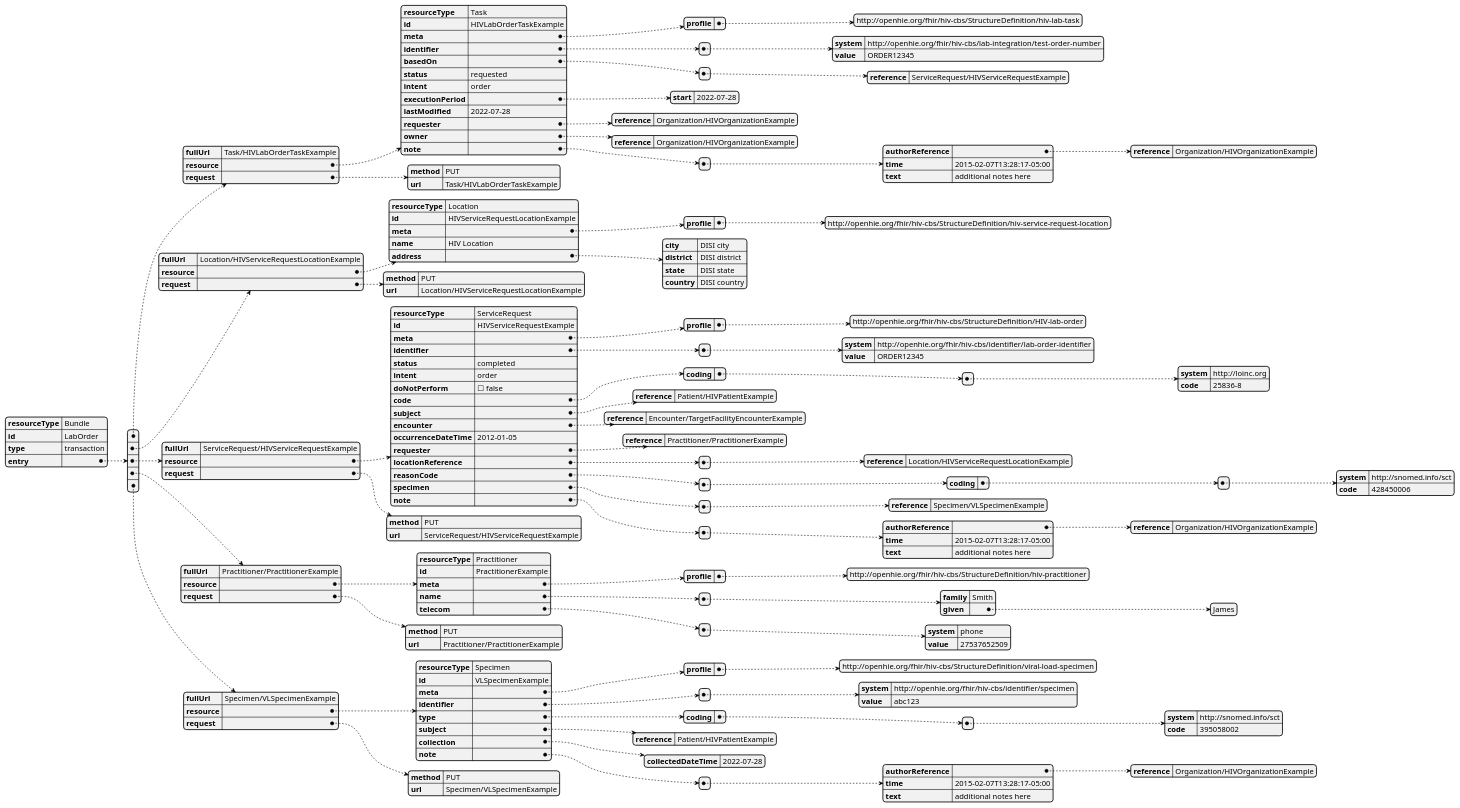
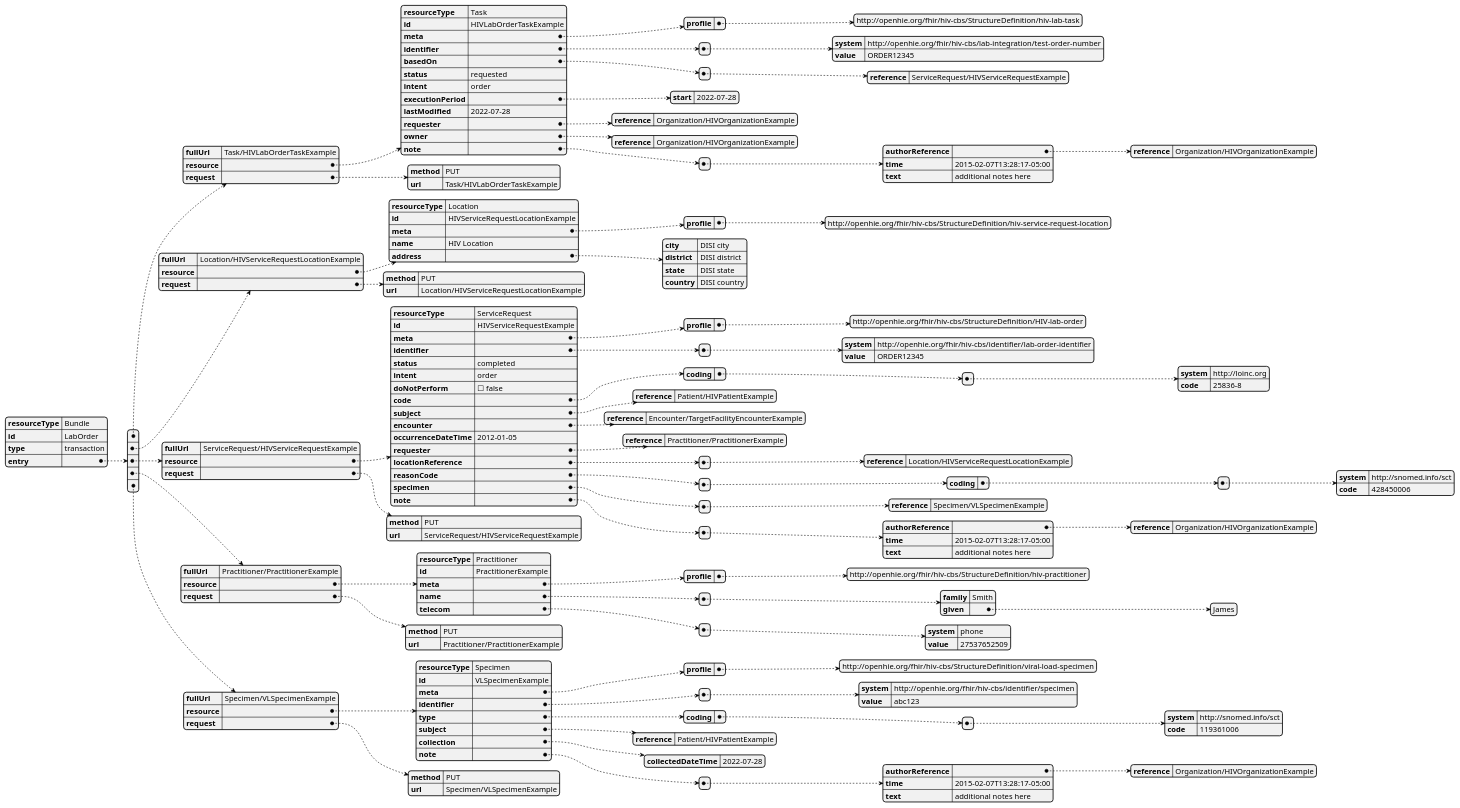
One commit to openhie/HIV-CBS changed the diagram in input/images-source/lab-order-bundle.pu. Above: the diagram before and after it, drawn with PlantUML. The commit also changed 9 other files, not shown here.

```diff
--- a/input/images-source/lab-order-bundle.pu
+++ b/input/images-source/lab-order-bundle.pu
@@ -1,189 +1,189 @@
 @startjson lab-order-bundle
 {
   "resourceType" : "Bundle",
   "id" : "LabOrder",
   "type" : "transaction",
   "entry" : [{
     "fullUrl" : "Task/HIVLabOrderTaskExample",
     "resource" : {
       "resourceType" : "Task",
       "id" : "HIVLabOrderTaskExample",
       "meta" : {
         "profile" : ["http://openhie.org/fhir/hiv-cbs/StructureDefinition/hiv-lab-task"]
       },
-     
+    
       "identifier" : [{
         "system" : "http://openhie.org/fhir/hiv-cbs/lab-integration/test-order-number",
         "value" : "ORDER12345"
       }],
       "basedOn" : [{
         "reference" : "ServiceRequest/HIVServiceRequestExample"
       }],
       "status" : "requested",
       "intent" : "order",
       "executionPeriod" : {
         "start" : "2022-07-28"
       },
       "lastModified" : "2022-07-28",
       "requester" : {
         "reference" : "Organization/HIVOrganizationExample"
       },
       "owner" : {
         "reference" : "Organization/HIVOrganizationExample"
       },
       "note" : [{
         "authorReference" : {
           "reference" : "Organization/HIVOrganizationExample"
         },
         "time" : "2015-02-07T13:28:17-05:00",
         "text" : "additional notes here"
       }]
     },
     "request" : {
       "method" : "PUT",
       "url" : "Task/HIVLabOrderTaskExample"
     }
   },
   {
     "fullUrl" : "Location/HIVServiceRequestLocationExample",
     "resource" : {
       "resourceType" : "Location",
       "id" : "HIVServiceRequestLocationExample",
       "meta" : {
         "profile" : ["http://openhie.org/fhir/hiv-cbs/StructureDefinition/hiv-service-request-location"]
       },
     
       "name" : "HIV Location",
       "address" : {
         "city" : "DISI city",
         "district" : "DISI district",
         "state" : "DISI state",
         "country" : "DISI country"
       }
     },
     "request" : {
       "method" : "PUT",
       "url" : "Location/HIVServiceRequestLocationExample"
     }
   },
   {
     "fullUrl" : "ServiceRequest/HIVServiceRequestExample",
     "resource" : {
       "resourceType" : "ServiceRequest",
       "id" : "HIVServiceRequestExample",
       "meta" : {
         "profile" : ["http://openhie.org/fhir/hiv-cbs/StructureDefinition/HIV-lab-order"]
       },
      
       "identifier" : [{
         "system" : "http://openhie.org/fhir/hiv-cbs/identifier/lab-order-identifier",
         "value" : "ORDER12345"
       }],
       "status" : "completed",
       "intent" : "order",
       "doNotPerform" : false,
       "code" : {
         "coding" : [{
           "system" : "http://loinc.org",
           "code" : "25836-8"
         }]
       },
       "subject" : {
         "reference" : "Patient/HIVPatientExample"
       },
       "encounter" : {
         "reference" : "Encounter/TargetFacilityEncounterExample"
       },
       "occurrenceDateTime" : "2012-01-05",
       "requester" : {
         "reference" : "Practitioner/PractitionerExample"
       },
       "locationReference" : [{
         "reference" : "Location/HIVServiceRequestLocationExample"
       }],
       "reasonCode" : [{
         "coding" : [{
           "system" : "http://snomed.info/sct",
           "code" : "428450006"
         }]
       }],
       "specimen" : [{
         "reference" : "Specimen/VLSpecimenExample"
       }],
       "note" : [{
         "authorReference" : {
           "reference" : "Organization/HIVOrganizationExample"
         },
         "time" : "2015-02-07T13:28:17-05:00",
         "text" : "additional notes here"
       }]
     },
     "request" : {
       "method" : "PUT",
       "url" : "ServiceRequest/HIVServiceRequestExample"
     }
   },
   {
     "fullUrl" : "Practitioner/PractitionerExample",
     "resource" : {
       "resourceType" : "Practitioner",
       "id" : "PractitionerExample",
       "meta" : {
         "profile" : ["http://openhie.org/fhir/hiv-cbs/StructureDefinition/hiv-practitioner"]
       },
-    
+     
       "name" : [{
         "family" : "Smith",
         "given" : ["James"]
       }],
       "telecom" : [{
         "system" : "phone",
         "value" : "27537652509"
       }]
     },
     "request" : {
       "method" : "PUT",
       "url" : "Practitioner/PractitionerExample"
     }
   },
   {
     "fullUrl" : "Specimen/VLSpecimenExample",
     "resource" : {
       "resourceType" : "Specimen",
       "id" : "VLSpecimenExample",
       "meta" : {
         "profile" : ["http://openhie.org/fhir/hiv-cbs/StructureDefinition/viral-load-specimen"]
       },
      
       "identifier" : [{
         "system" : "http://openhie.org/fhir/hiv-cbs/identifier/specimen",
         "value" : "abc123"
       }],
       "type" : {
         "coding" : [{
           "system" : "http://snomed.info/sct",
-          "code" : "395058002"
+          "code" : "119361006"
         }]
       },
       "subject" : {
         "reference" : "Patient/HIVPatientExample"
       },
       "collection" : {
         "collectedDateTime" : "2022-07-28"
       },
       "note" : [{
         "authorReference" : {
           "reference" : "Organization/HIVOrganizationExample"
         },
         "time" : "2015-02-07T13:28:17-05:00",
         "text" : "additional notes here"
       }]
     },
     "request" : {
       "method" : "PUT",
       "url" : "Specimen/VLSpecimenExample"
     }
   }]
 }
 
 @endjson
```
